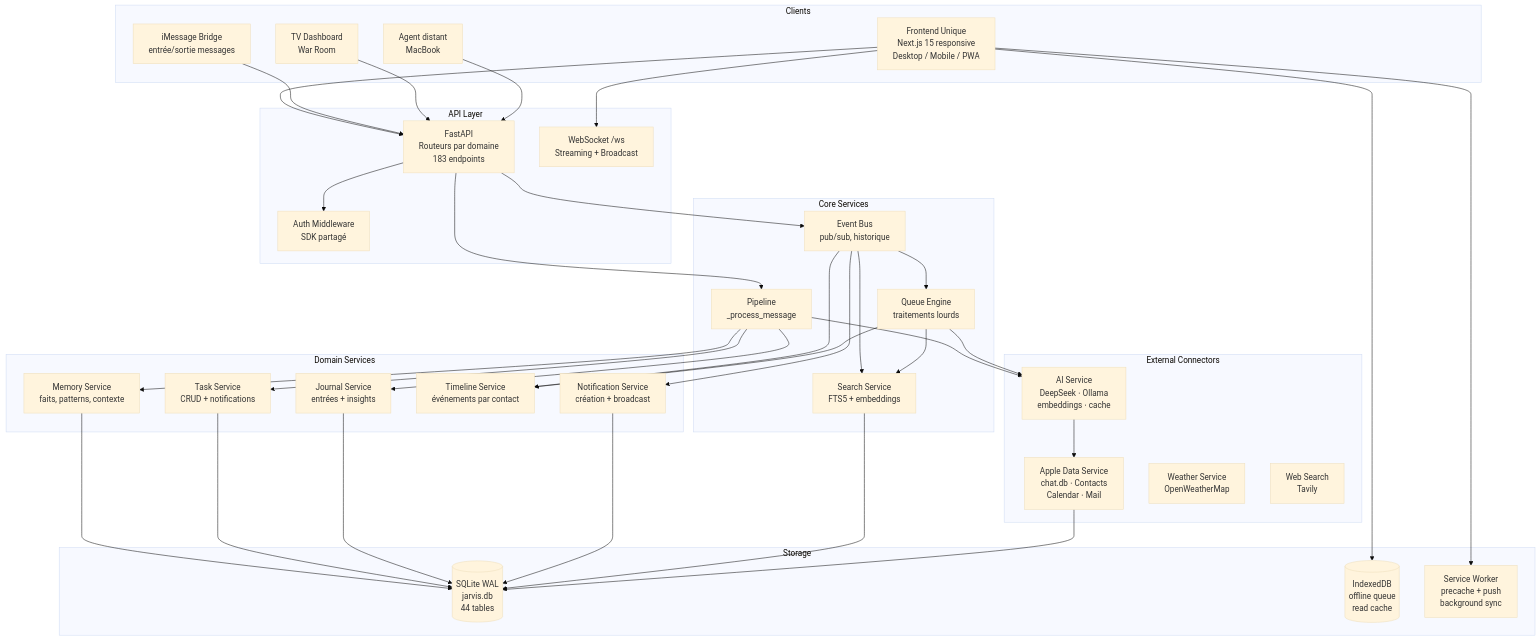
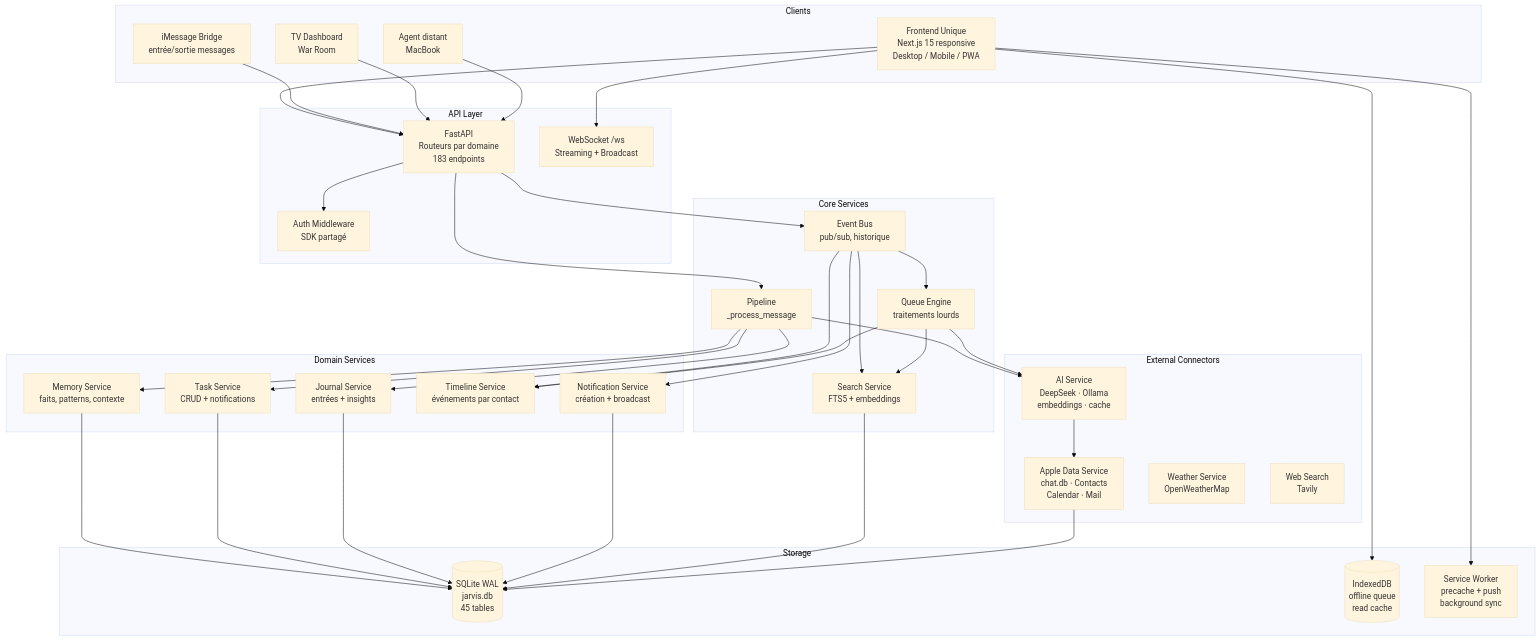
The first of 3 diagrams in Architecture/08_ARCHITECTURE_CIBLE.md (AVTAVANTTOUT2/JarvisAPI), drawn with Mermaid (base theme) before and after one commit. The commit also changed other lines of this file and 6 other files, not shown here.

````diff
--- a/Architecture/08_ARCHITECTURE_CIBLE.md
+++ b/Architecture/08_ARCHITECTURE_CIBLE.md
@@ -12,79 +12,79 @@
 ```mermaid
 graph TB
     subgraph "Clients"
         FRONT["Frontend Unique<br/>Next.js 15 responsive<br/>Desktop / Mobile / PWA"]
         IMESSAGE_BRIDGE["iMessage Bridge<br/>entrée/sortie messages"]
         TV["TV Dashboard<br/>War Room"]
         AGENT["Agent distant<br/>MacBook"]
     end
 
     subgraph "API Layer"
         API["FastAPI<br/>Routeurs par domaine<br/>183 endpoints"]
         WS["WebSocket /ws<br/>Streaming + Broadcast"]
         AUTH["Auth Middleware<br/>SDK partagé"]
     end
 
     subgraph "Core Services"
         ORCH["Pipeline<br/>_process_message"]
         EVENT_BUS["Event Bus<br/>pub/sub, historique"]
         QUEUE["Queue Engine<br/>traitements lourds"]
         SEARCH["Search Service<br/>FTS5 + embeddings"]
     end
 
     subgraph "Domain Services"
         MEMORY["Memory Service<br/>faits, patterns, contexte"]
         TASK["Task Service<br/>CRUD + notifications"]
         JOURNAL["Journal Service<br/>entrées + insights"]
         TIMELINE["Timeline Service<br/>événements par contact"]
         NOTIF["Notification Service<br/>création + broadcast"]
     end
 
     subgraph "External Connectors"
         APPLE["Apple Data Service<br/>chat.db ⋅ Contacts<br/>Calendar ⋅ Mail"]
         LLM["AI Service<br/>DeepSeek ⋅ Ollama<br/>embeddings ⋅ cache"]
         WEATHER["Weather Service<br/>OpenWeatherMap"]
         WEB_SEARCH["Web Search<br/>Tavily"]
     end
 
     subgraph "Storage"
-        SQLITE[(SQLite WAL<br/>jarvis.db<br/>44 tables)]
+        SQLITE[(SQLite WAL<br/>jarvis.db<br/>45 tables)]
         IDB[(IndexedDB<br/>offline queue<br/>read cache)]
         SW["Service Worker<br/>precache + push<br/>background sync"]
     end
 
     FRONT --> API
     FRONT --> WS
     IMESSAGE_BRIDGE --> API
     TV --> API
     AGENT --> API
 
     API --> AUTH
     API --> ORCH
     API --> EVENT_BUS
 
     ORCH --> MEMORY
     ORCH --> TASK
     ORCH --> JOURNAL
     ORCH --> LLM
 
     EVENT_BUS --> NOTIF
     EVENT_BUS --> QUEUE
     EVENT_BUS --> TIMELINE
     EVENT_BUS --> SEARCH
 
     QUEUE --> LLM
     QUEUE --> SEARCH
     QUEUE --> TIMELINE
 
     MEMORY --> SQLITE
     TASK --> SQLITE
     JOURNAL --> SQLITE
     NOTIF --> SQLITE
     SEARCH --> SQLITE
 
     APPLE --> SQLITE
     LLM --> APPLE
 
     FRONT --> IDB
     FRONT --> SW
 ```
````
